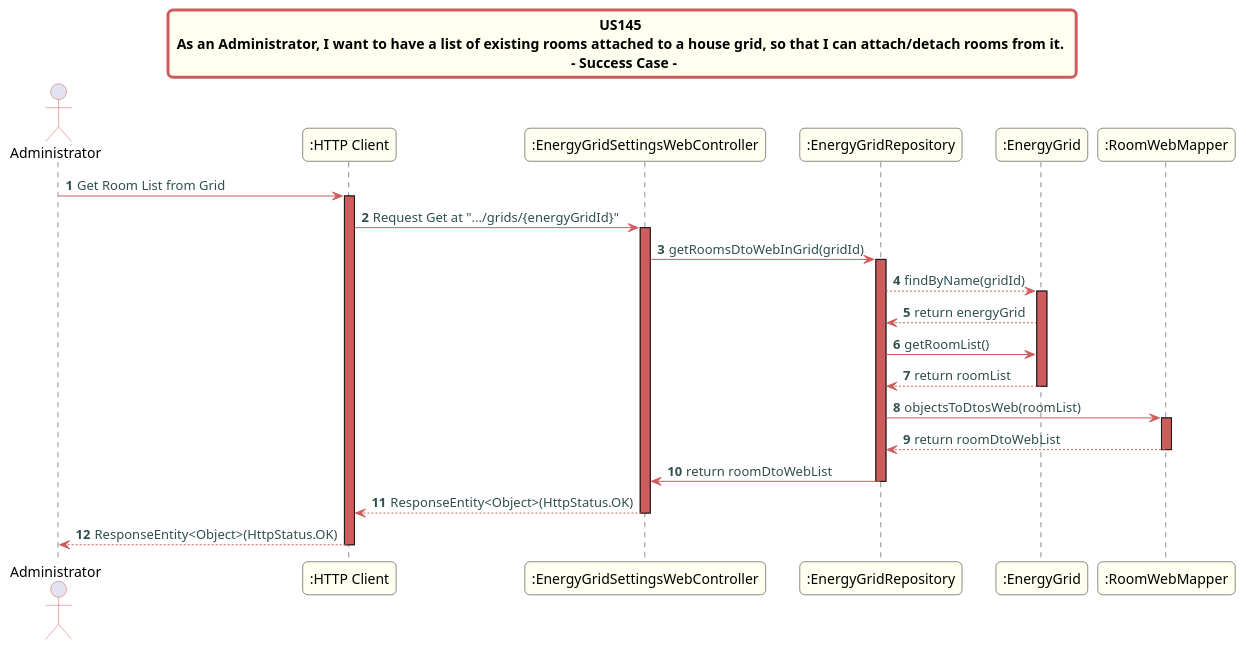
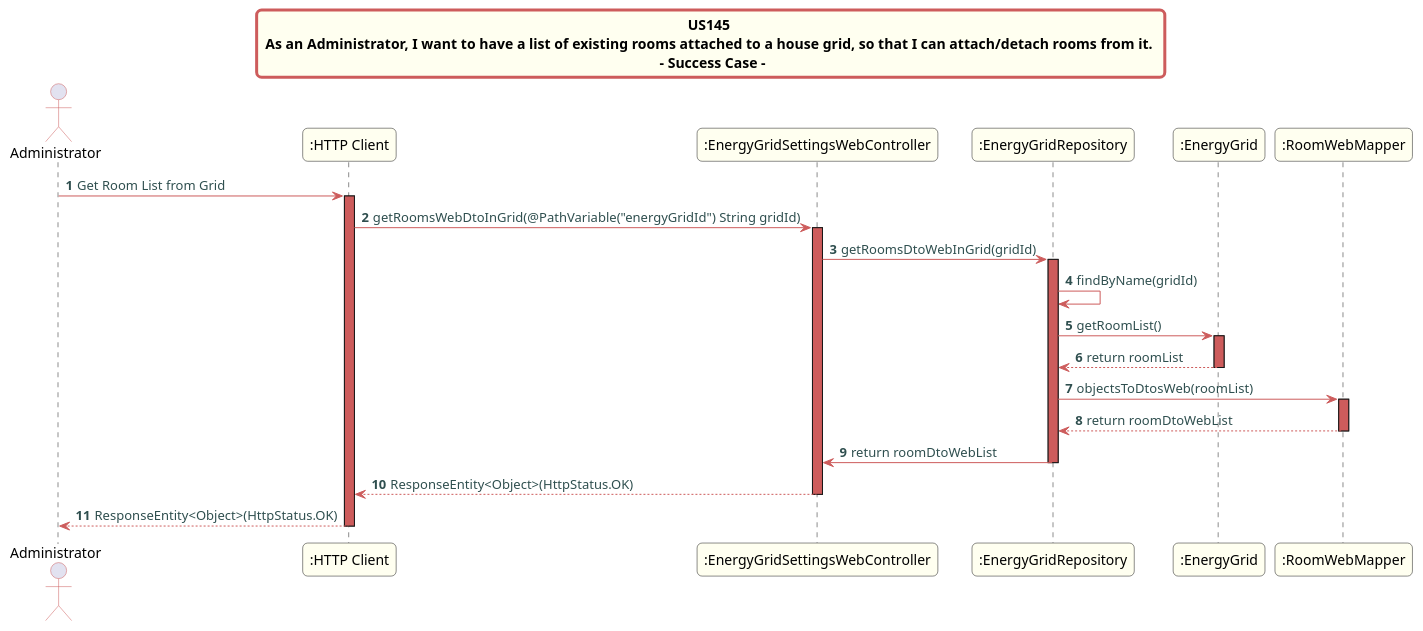
One commit to Almadanmp/project changed the diagram in src/doc/WEB_Controllers/EnergyGridSettings/US145/US145_sd_EnergyGridSettingsWebController.puml. Above: the diagram before and after it, drawn with PlantUML. The commit also changed 2 other files, not shown here.

Commit message:
REF #344 REF #345 - Energy Grid Setting Web Controller - Throw Exception and Corrections in UMLs

```diff
--- a/src/doc/WEB_Controllers/EnergyGridSettings/US145/US145_sd_EnergyGridSettingsWebController.puml
+++ b/src/doc/WEB_Controllers/EnergyGridSettings/US145/US145_sd_EnergyGridSettingsWebController.puml
@@ -1,50 +1,49 @@
 @startuml
 skinparam titleBorderRoundCorner 10
 skinparam titleBorderThickness 3
 skinparam titleBorderColor indianred
 skinparam titleBackgroundColor ivory
 skinparam FontName quicksand
 
 skinparam actor {
  	BorderColor indianred
  	}
 
  skinparam sequence {
  	LifeLineBackgroundColor indianred
  	ParticipantBackgroundColor ivory
  }
 
  skinparam roundcorner 10
 
  skinparam component {
    arrowThickness 1
    ArrowFontName Verdana
    ArrowColor indianred
    ArrowFontColor darkslategrey
  }
 title US145 \n As an Administrator, I want to have a list of existing rooms attached to a house grid, so that I can attach/detach rooms from it.  \n - Success Case -
 autonumber
 actor "Administrator"
 "Administrator" -> ":HTTP Client":  Get Room List from Grid
 activate ":HTTP Client"
-":HTTP Client" -> ":EnergyGridSettingsWebController":  Request Get at ".../grids/{energyGridId}"
+":HTTP Client" -> ":EnergyGridSettingsWebController":  getRoomsWebDtoInGrid(@PathVariable("energyGridId") String gridId)
 activate ":EnergyGridSettingsWebController"
 ":EnergyGridSettingsWebController" -> ":EnergyGridRepository": getRoomsDtoWebInGrid(gridId)
 activate ":EnergyGridRepository"
-":EnergyGridRepository" --> ":EnergyGrid": findByName(gridId)
+":EnergyGridRepository" -> ":EnergyGridRepository": findByName(gridId)
+":EnergyGridRepository" -> ":EnergyGrid": getRoomList()
 activate ":EnergyGrid"
-":EnergyGrid" --> ":EnergyGridRepository": return energyGrid
-":EnergyGridRepository" -> ":EnergyGrid": getRoomList()
 ":EnergyGrid" --> ":EnergyGridRepository" : return roomList
 deactivate ":EnergyGrid"
 ":EnergyGridRepository" -> ":RoomWebMapper": objectsToDtosWeb(roomList)
 activate ":RoomWebMapper"
 ":RoomWebMapper" --> ":EnergyGridRepository" : return roomDtoWebList
 deactivate ":RoomWebMapper"
 ":EnergyGridRepository" -> ":EnergyGridSettingsWebController" : return roomDtoWebList
 deactivate ":EnergyGridRepository"
 ":EnergyGridSettingsWebController" --> ":HTTP Client": ResponseEntity<Object>(HttpStatus.OK)
 deactivate ":EnergyGridSettingsWebController"
 ":HTTP Client" --> "Administrator": ResponseEntity<Object>(HttpStatus.OK)
 deactivate ":HTTP Client"
 @enduml
```
